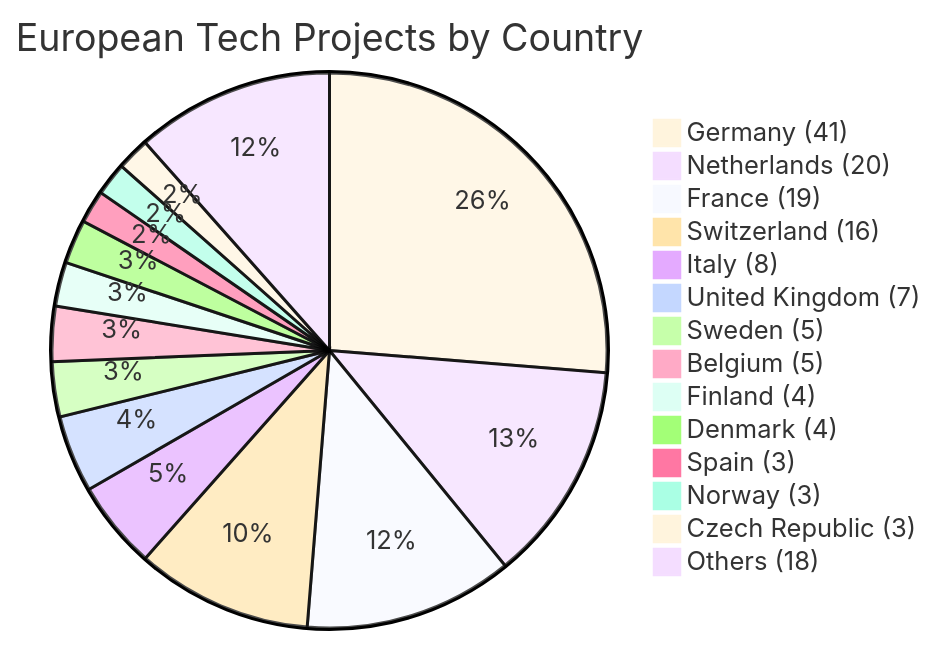
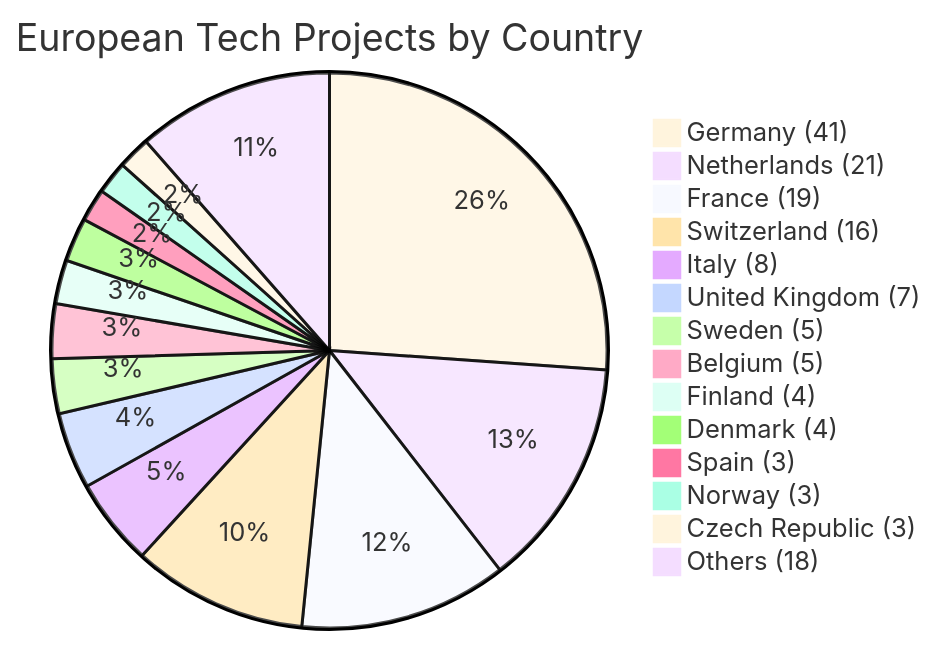
One commit to uscneps/Awesome-European-Tech changed the diagram in README.md. Above: the diagram before and after it, drawn with Mermaid. The commit also changed other lines of this file, not shown here.

Commit message:
added Next Epoch to AI section

````diff
--- a/README.md
+++ b/README.md
@@ -23,19 +23,19 @@
 ```mermaid
 %%{init: {'theme': 'base' }}%%
 pie
   title European Tech Projects by Country
   "Germany (41)" : 41
-  "Netherlands (20)" : 20
+  "Netherlands (21)" : 21
   "France (19)" : 19
   "Switzerland (16)" : 16
   "Italy (8)" : 8
   "United Kingdom (7)" : 7
   "Sweden (5)" : 5
   "Belgium (5)" : 5
   "Finland (4)" : 4
   "Denmark (4)" : 4
   "Spain (3)" : 3
   "Norway (3)" : 3
   "Czech Republic (3)" : 3
   "Others (18)" : 18
 ```
````
